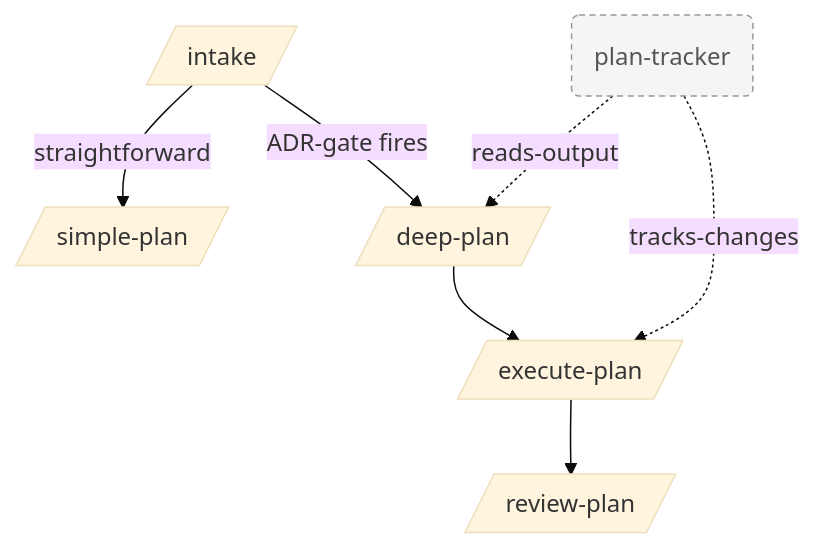
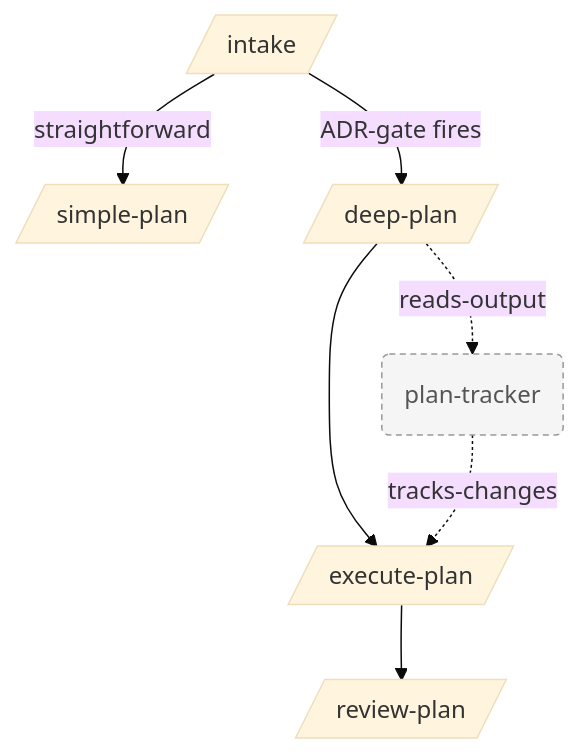
The diagram in README.md (vpaivag/skills), drawn with Mermaid (base theme) before and after one commit. The commit also changed other lines of this file and 3 other files, not shown here.

````diff
--- a/README.md
+++ b/README.md
@@ -7,20 +7,20 @@
 ```mermaid
 flowchart TD
     intake[/intake/]
     simple[/simple-plan/]
     deep[/deep-plan/]
     execute[/execute-plan/]
     review[/review-plan/]
     tracker(plan-tracker)
 
     intake -->|straightforward| simple
     intake -->|ADR-gate fires| deep
     deep --> execute
     execute --> review
 
-    tracker -.reads-output.-> deep
+    deep -.reads-output.-> tracker
     tracker -.tracks-changes.-> execute
 
     classDef helper fill:#f5f5f5,stroke:#999,stroke-dasharray:4 3,color:#555
     class tracker helper
 ```
````
